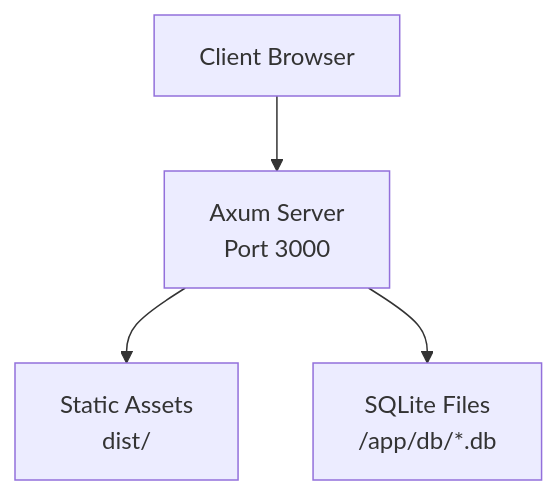
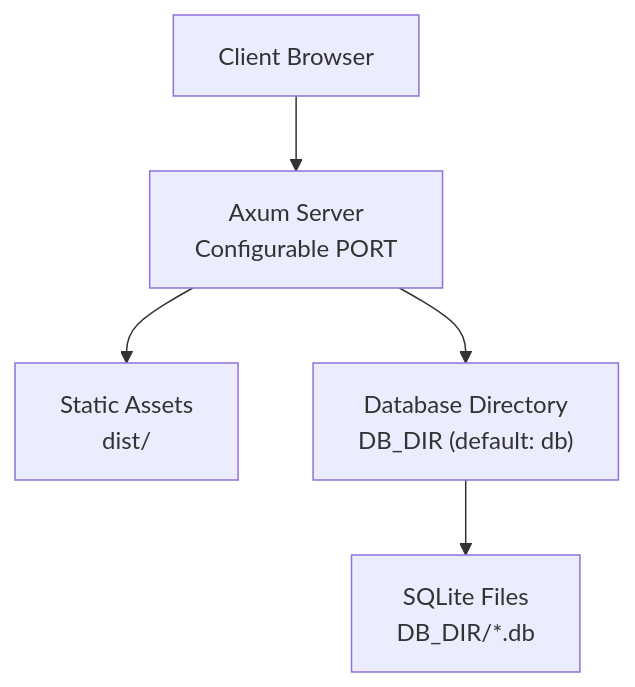
Before and after one commit to sutanto1010/crablite: the second of 5 diagrams in .qoder/repowiki/en/content/Deployment & Operations/Deployment & Operations.md, drawn with Mermaid. The commit also changed other lines of this file and 47 other files, not shown here.

First line of the commit message:
refactor(core): rename project to crablite and support configurable database directory

````diff
--- a/.qoder/repowiki/en/content/Deployment & Operations/Deployment & Operations.md
+++ b/.qoder/repowiki/en/content/Deployment & Operations/Deployment & Operations.md
@@ -82,10 +95,12 @@
 ```mermaid
 graph TB
 Client["Client Browser"]
-Server["Axum Server<br/>Port 3000"]
+Server["Axum Server<br/>Configurable PORT"]
 Static["Static Assets<br/>dist/"]
-DB["SQLite Files<br/>/app/db/*.db"]
+DBDir["Database Directory<br/>DB_DIR (default: db)"]
+DBFiles["SQLite Files<br/>DB_DIR/*.db"]
 Client --> Server
 Server --> Static
-Server --> DB
+Server --> DBDir
+DBDir --> DBFiles
 ```
````
